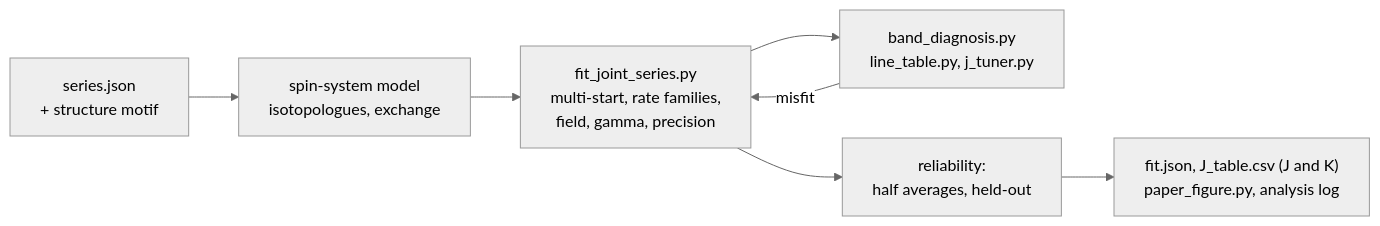
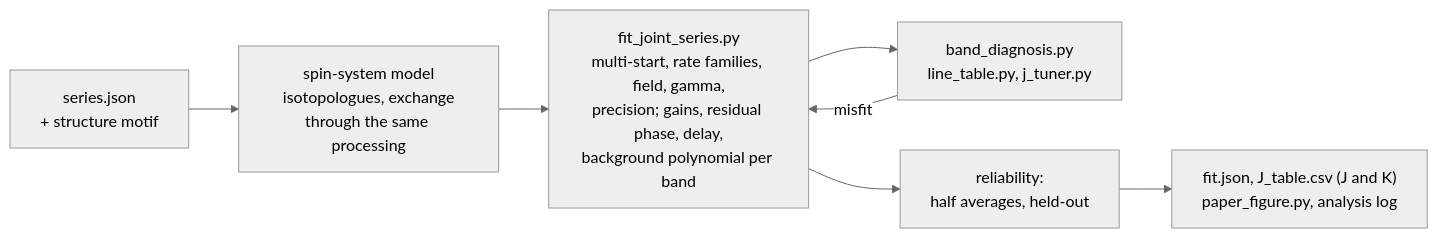
The fourth of 8 diagrams in docs/WORKFLOW.md (gao-xh/ZULF_Model), drawn with Mermaid (neutral theme) before and after one commit. The commit also changed other lines of this file, not shown here.

Commit message:
docs: processing, phase and baseline steps in workflow W2

````diff
--- a/docs/WORKFLOW.md
+++ b/docs/WORKFLOW.md
@@ -95,9 +142,9 @@
 ```mermaid
 flowchart LR
-    s["series.json<br/>+ structure motif"] --> m["spin-system model<br/>isotopologues, exchange"]
-    m --> f["fit_joint_series.py<br/>multi-start, rate families,<br/>field, gamma, precision"]
+    s["series.json<br/>+ structure motif"] --> m["spin-system model<br/>isotopologues, exchange<br/>through the same processing"]
+    m --> f["fit_joint_series.py<br/>multi-start, rate families, field, gamma,<br/>precision; gains, residual phase, delay,<br/>background polynomial per band"]
     f --> d["band_diagnosis.py<br/>line_table.py, j_tuner.py"]
     d -- misfit --> f
     f --> u["reliability:<br/>half averages, held-out"]
     u --> r["fit.json, J_table.csv (J and K)<br/>paper_figure.py, analysis log"]
 ```
````
